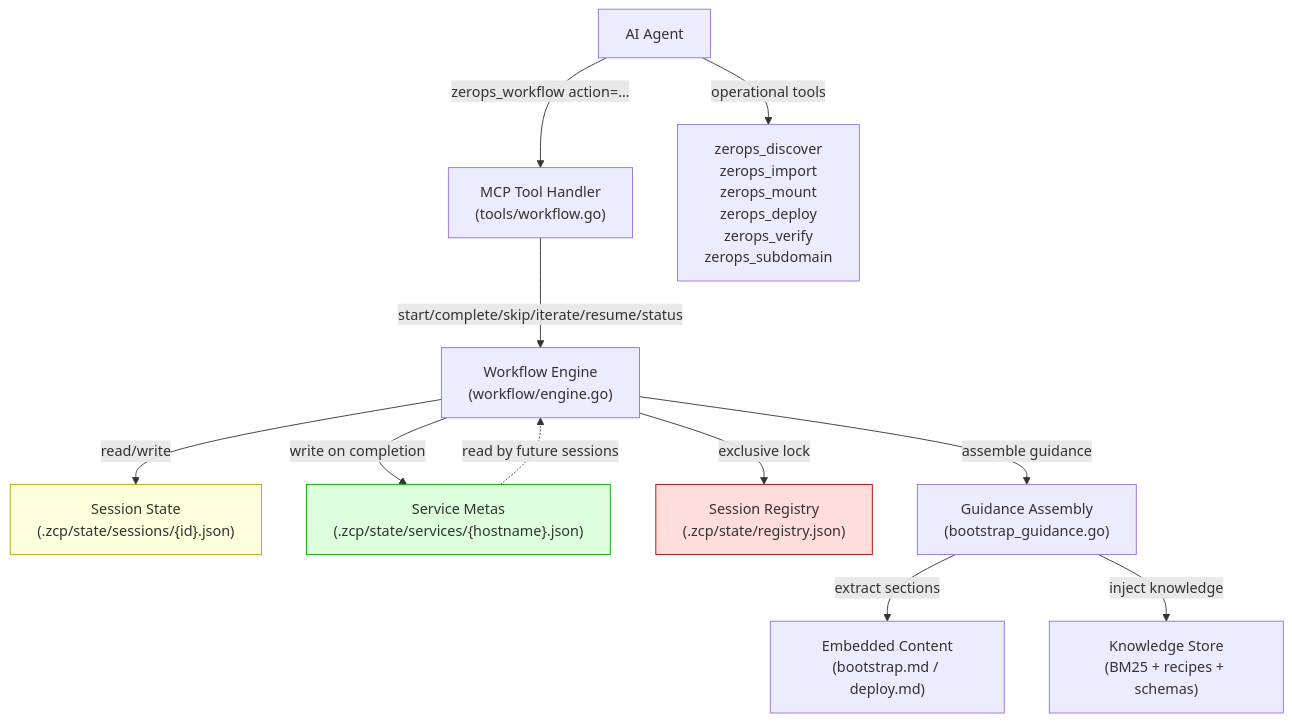
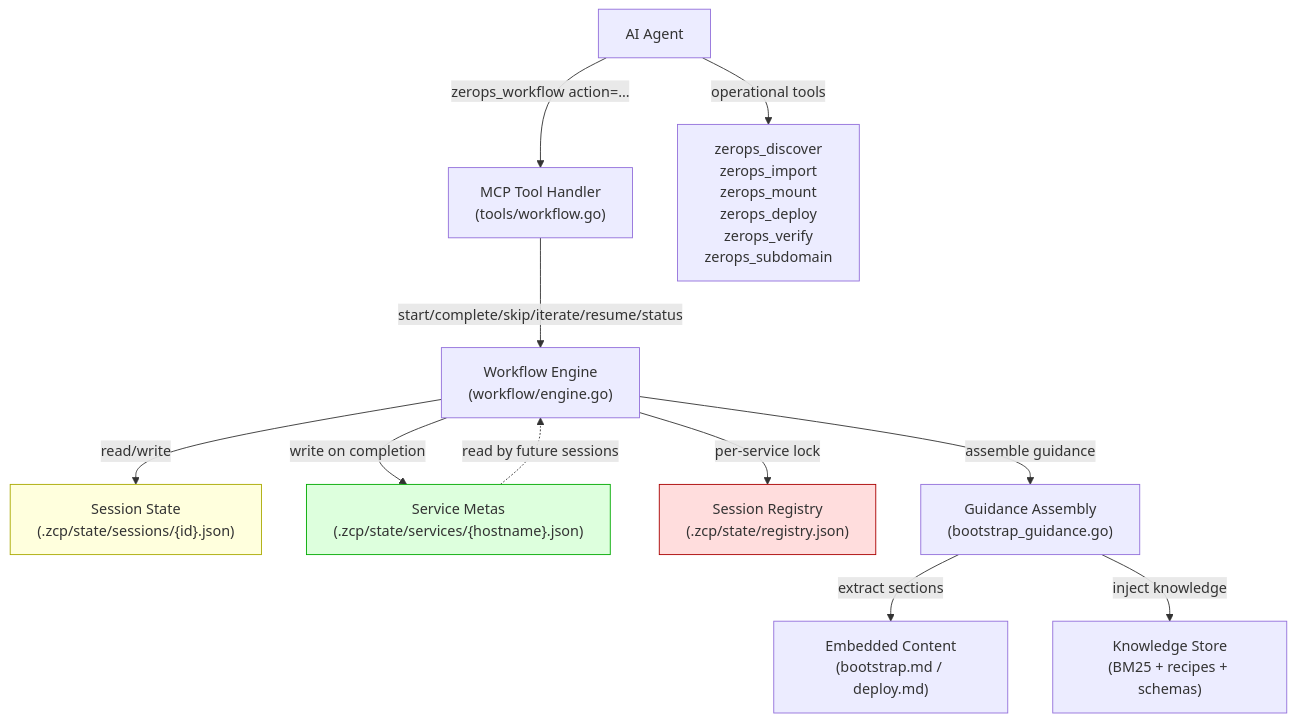
One commit to zeropsio/zcp changed the first of 8 diagrams in docs/spec-bootstrap-deploy.md. Above: the diagram before and after it, drawn with Mermaid. The commit also changed other lines of this file and 5 other files, not shown here.

First line of the commit message:
feat: per-service session scoping — remove global bootstrap blocking

````diff
--- a/docs/spec-bootstrap-deploy.md
+++ b/docs/spec-bootstrap-deploy.md
@@ -30,20 +30,20 @@
 ```mermaid
 graph TB
     Agent["AI Agent"] -->|"zerops_workflow action=..."| Tool["MCP Tool Handler<br/>(tools/workflow.go)"]
     Tool -->|"start/complete/skip/iterate/resume/status"| Engine["Workflow Engine<br/>(workflow/engine.go)"]
     Engine -->|"read/write"| Session["Session State<br/>(.zcp/state/sessions/{id}.json)"]
     Engine -->|"write on completion"| Meta["Service Metas<br/>(.zcp/state/services/{hostname}.json)"]
-    Engine -->|"exclusive lock"| Registry["Session Registry<br/>(.zcp/state/registry.json)"]
+    Engine -->|"per-service lock"| Registry["Session Registry<br/>(.zcp/state/registry.json)"]
 
     Engine -->|"assemble guidance"| Guidance["Guidance Assembly<br/>(bootstrap_guidance.go)"]
     Guidance -->|"extract sections"| Content["Embedded Content<br/>(bootstrap.md / deploy.md)"]
     Guidance -->|"inject knowledge"| Knowledge["Knowledge Store<br/>(BM25 + recipes + schemas)"]
 
     Agent -->|"operational tools"| OpTools["zerops_discover<br/>zerops_import<br/>zerops_mount<br/>zerops_deploy<br/>zerops_verify<br/>zerops_subdomain"]
 
     Meta -.->|"read by future sessions"| Engine
 
     style Session fill:#ffd,stroke:#aa0
     style Meta fill:#dfd,stroke:#0a0
     style Registry fill:#fdd,stroke:#a00
 ```
````
